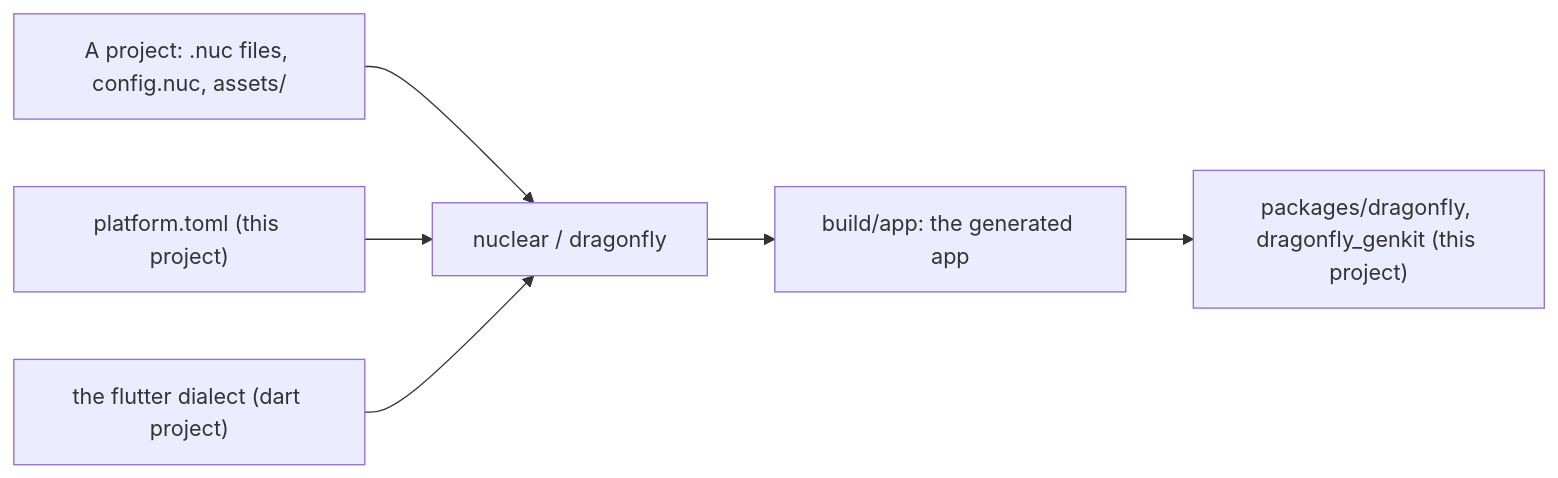
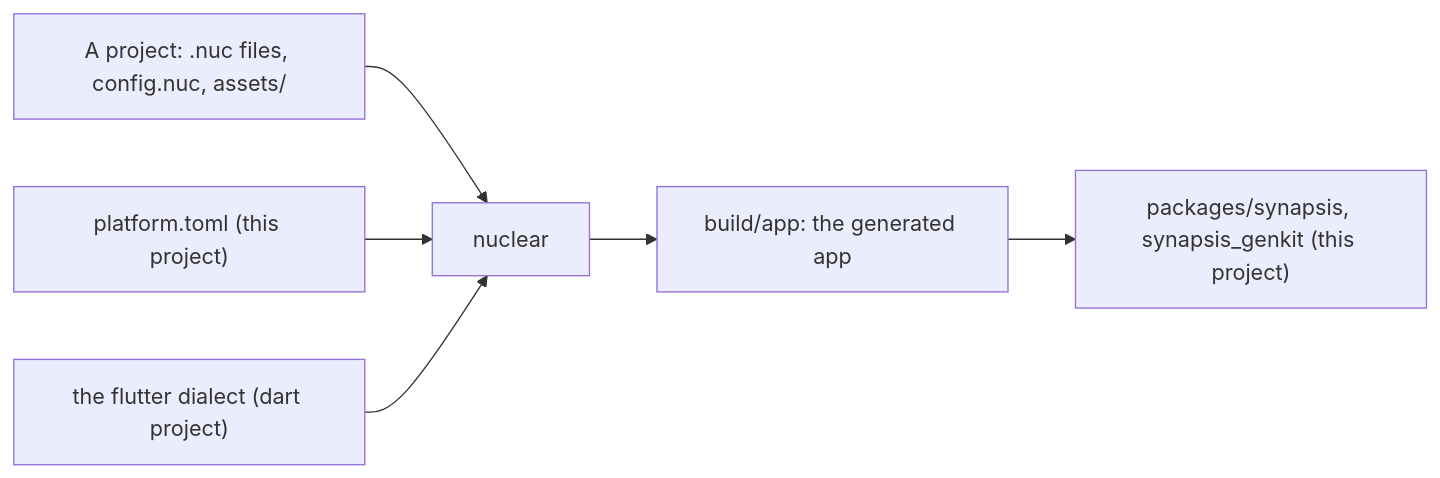
The diagram in nuclear-synapsis-framework/platforms/mobile/docs/02-architecture/overview.md (nuclearlang/lang), drawn with Mermaid before and after one commit. The commit also changed other lines of this file and 966 other files, not shown here.

````diff
--- a/nuclear-synapsis-framework/platforms/mobile/docs/02-architecture/overview.md
+++ b/nuclear-synapsis-framework/platforms/mobile/docs/02-architecture/overview.md
@@ -11,8 +11,8 @@
 ```mermaid
 flowchart LR
-  project["A project: .nuc files, config.nuc, assets/"] --> build["nuclear / dragonfly"]
+  project["A project: .nuc files, config.nuc, assets/"] --> build["nuclear"]
   contract["platform.toml (this project)"] --> build
   dialect["the flutter dialect (dart project)"] --> build
   build --> app["build/app: the generated app"]
-  app --> runtime["packages/dragonfly, dragonfly_genkit (this project)"]
+  app --> runtime["packages/synapsis, synapsis_genkit (this project)"]
 ```
````
